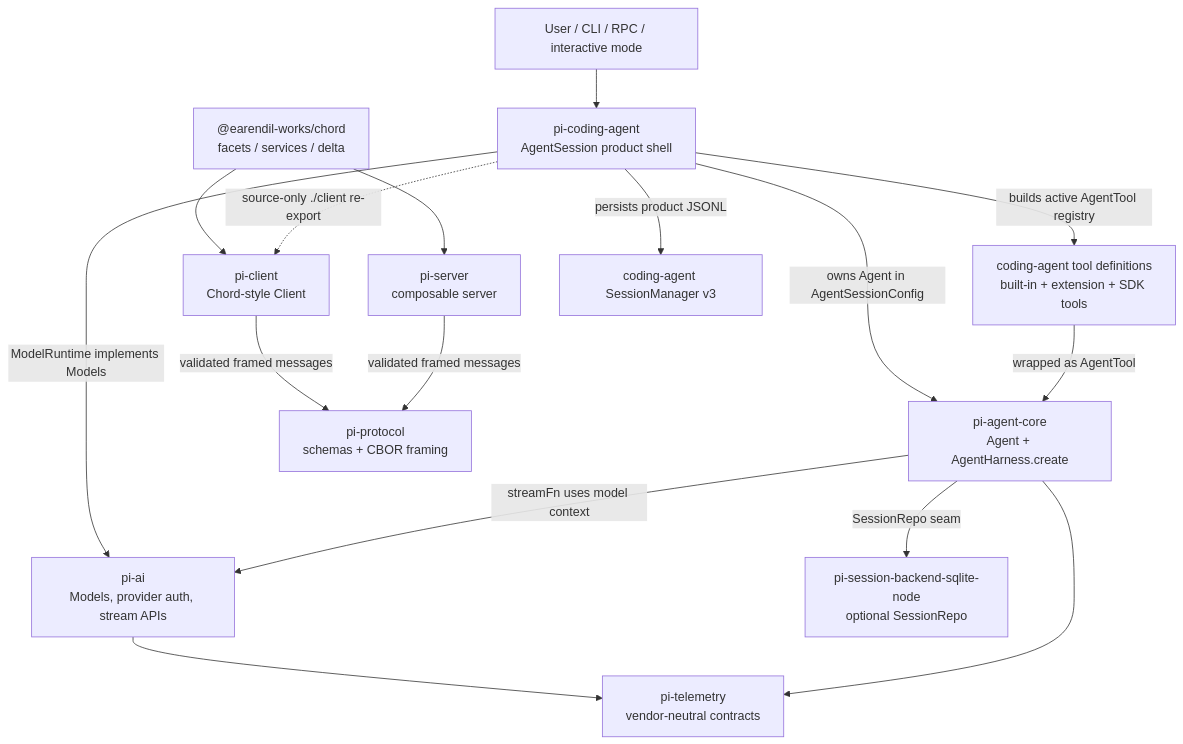
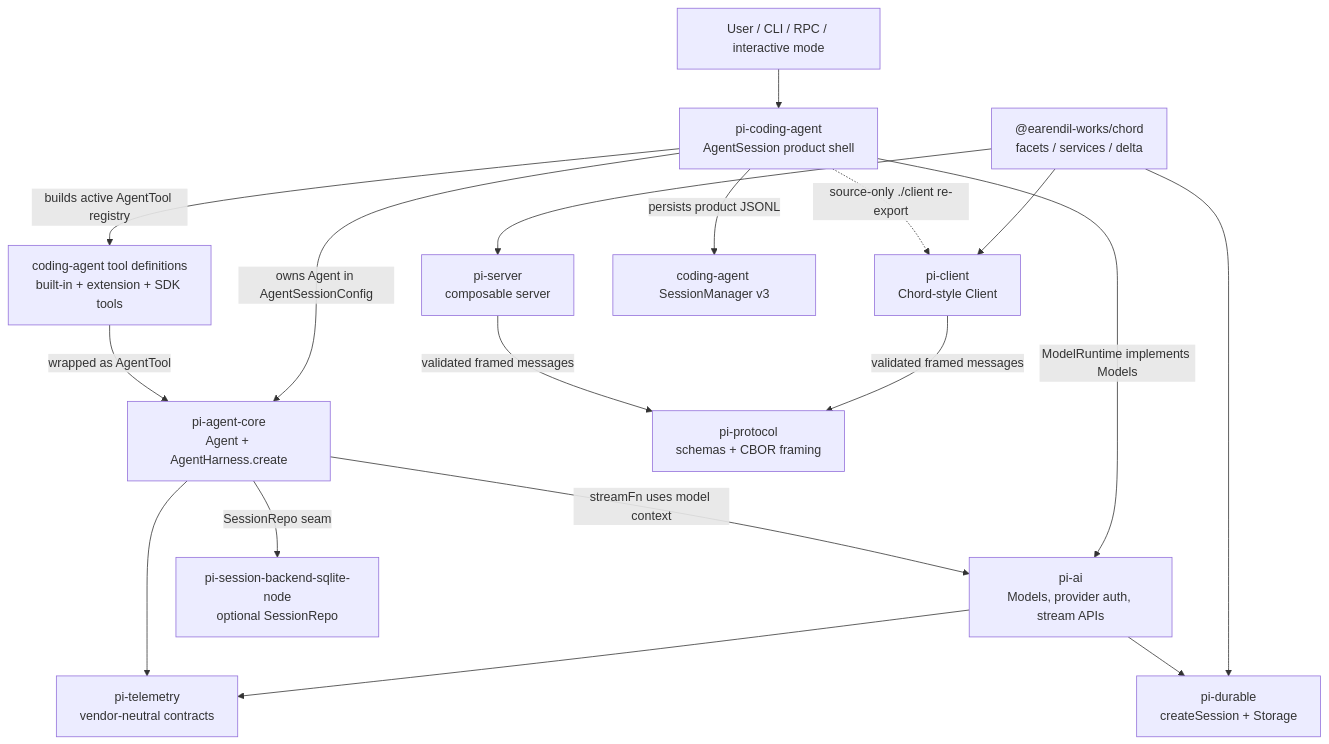
Before and after one commit to wdnmdtonyma/SOTA-Agent-LLM-Wiki: the diagram in docs/llm-wiki/pi/spine/layered-architecture.md, drawn with Mermaid. The commit also changed other lines of this file and 225 other files, not shown here.

````diff
--- a/docs/llm-wiki/pi/spine/layered-architecture.md
+++ b/docs/llm-wiki/pi/spine/layered-architecture.md
@@ -77,31 +87,34 @@
 ```mermaid
 flowchart TD
   User["User / CLI / RPC / interactive mode"]
   Coding["pi-coding-agent<br/>AgentSession product shell"]
   Core["pi-agent-core<br/>Agent + AgentHarness.create"]
+  Durable["pi-durable<br/>createSession + Storage"]
   AI["pi-ai<br/>Models, provider auth, stream APIs"]
   Chord["@earendil-works/chord<br/>facets / services / delta"]
   Telemetry["pi-telemetry<br/>vendor-neutral contracts"]
   Protocol["pi-protocol<br/>schemas + CBOR framing"]
   Client["pi-client<br/>Chord-style Client"]
   Server["pi-server<br/>composable server"]
   Backend["pi-session-backend-sqlite-node<br/>optional SessionRepo"]
   Tools["coding-agent tool definitions<br/>built-in + extension + SDK tools"]
   Sessions["coding-agent SessionManager v3"]
 
   User --> Coding
   Coding -->|owns Agent in AgentSessionConfig| Core
   Coding -->|ModelRuntime implements Models| AI
   Coding -->|builds active AgentTool registry| Tools
   Coding -->|persists product JSONL| Sessions
   Core -->|streamFn uses model context| AI
   Tools -->|wrapped as AgentTool| Core
   AI --> Telemetry
   Core --> Telemetry
   Core -->|SessionRepo seam| Backend
+  Chord --> Durable
+  AI --> Durable
   Chord --> Client
   Chord --> Server
   Client -->|validated framed messages| Protocol
   Server -->|validated framed messages| Protocol
   Coding -.->|source-only ./client re-export| Client
 ```
````
